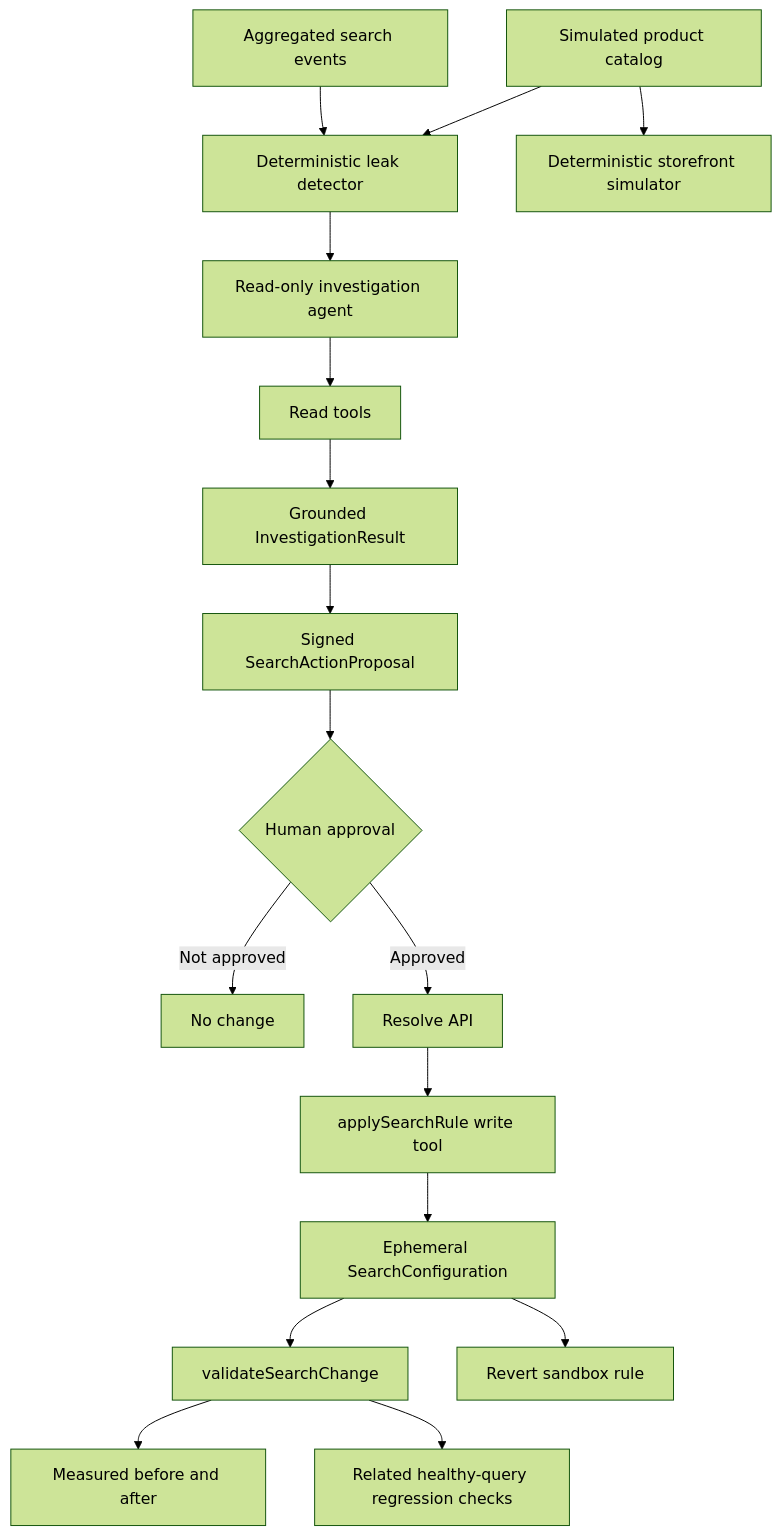
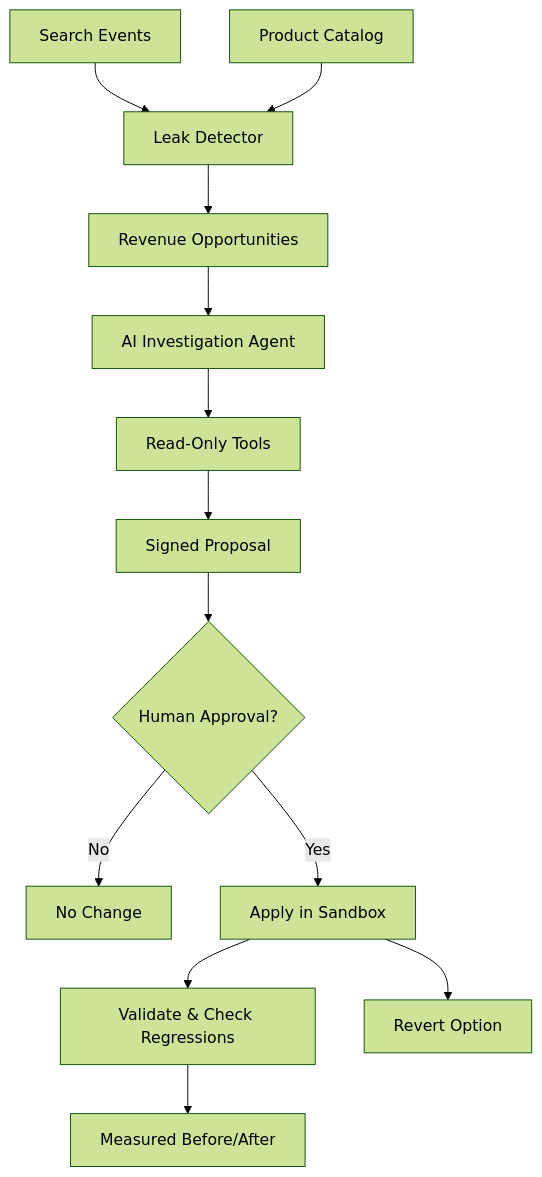
Before and after one commit to guicaettano/carcarah: the diagram in README.md, drawn with Mermaid (forest theme). The commit also changed other lines of this file and 17 other files, not shown here.

````diff
--- a/README.md
+++ b/README.md
@@ -32,19 +141,19 @@
 ```mermaid
 flowchart TD
-    E[Aggregated search events] --> D[Deterministic leak detector]
-    P[Simulated product catalog] --> D
-    P --> S[Deterministic storefront simulator]
-    D --> I[Read-only investigation agent]
-    I --> RT[Read tools]
-    RT --> G[Grounded InvestigationResult]
-    G --> AP[Signed SearchActionProposal]
-    AP --> H{Human approval}
-    H -->|Not approved| STOP[No change]
-    H -->|Approved| R[Resolve API]
-    R --> W[applySearchRule write tool]
-    W --> C[Ephemeral SearchConfiguration]
-    C --> V[validateSearchChange]
-    V --> BA[Measured before and after]
-    V --> RC[Related healthy-query regression checks]
-    C --> RV[Revert sandbox rule]
+    Events[Search Events] --> Detect[Leak Detector]
+    Catalog[Product Catalog] --> Detect
+    Detect --> Dashboard[Revenue Opportunities]
+    
+    Dashboard --> Investigate[AI Investigation Agent]
+    Investigate --> Tools[Read-Only Tools]
+    Tools --> Proposal[Signed Proposal]
+    
+    Proposal --> Approval{Human Approval?}
+    Approval -->|No| Stop[No Change]
+    Approval -->|Yes| Apply[Apply in Sandbox]
+    
+    Apply --> Validate[Validate & Check Regressions]
+    Validate --> Results[Measured Before/After]
+    
+    Apply --> Revert[Revert Option]
 ```
````
